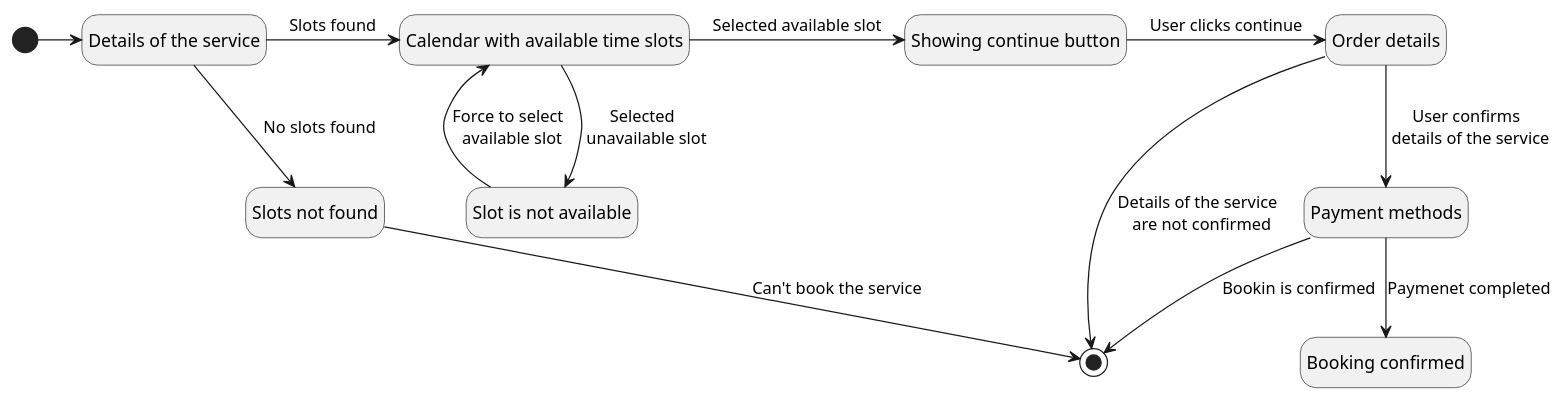
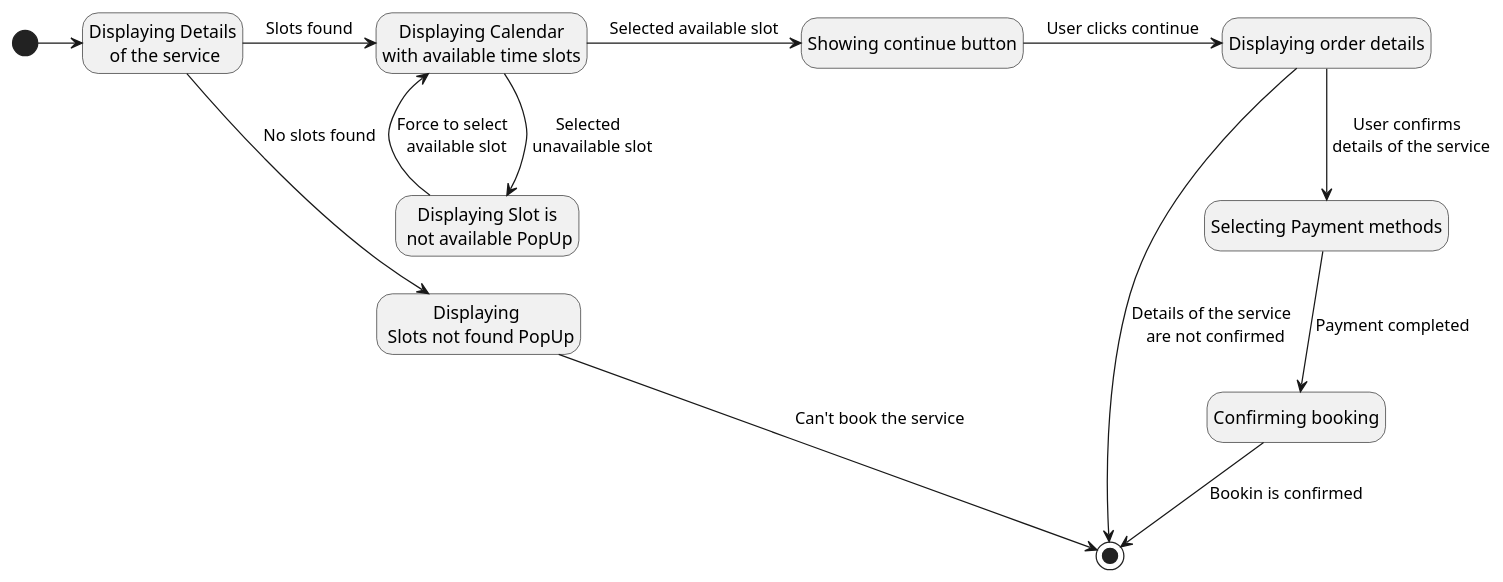
Before and after one commit to JuhTyg010/Vellure-NSWI041: the diagram in uml/uml-usecase-book-service-state-diagram.plantuml, drawn with PlantUML. The commit also changed 1 other file, not shown here.

Commit message:
Fixing state diagram

```diff
--- a/uml/uml-usecase-book-service-state-diagram.plantuml
+++ b/uml/uml-usecase-book-service-state-diagram.plantuml
@@ -1,25 +1,25 @@
 @startuml
 hide empty description
-state "Details of the service" as DetailsService
-state "Slots not found" as SlotsNotFound
-state "Calendar with available time slots" as Calendar
+state "Displaying Details\n of the service" as DetailsService
+state "Displaying \n Slots not found PopUp" as SlotsNotFound
+state "Displaying Calendar\nwith available time slots" as Calendar
 state "Showing continue button" as ContinueButton
-state "Slot is not available" as SlotNotAvailable
-state "Order details" as OrderDetails
-state "Payment methods" as PaymentMethods
-state "Booking confirmed" as BookingConfirmed
+state "Displaying Slot is\n not available PopUp" as SlotNotAvailable
+state "Displaying order details" as OrderDetails
+state "Selecting Payment methods" as PaymentMethods
+state "Confirming booking" as BookingConfirmed
 
 [*] -r-> DetailsService
 DetailsService -d-> SlotsNotFound : No slots found
 DetailsService -r-> Calendar : Slots found
 Calendar -r-> ContinueButton : Selected available slot
 Calendar -d-> SlotNotAvailable : Selected \n unavailable slot
 ContinueButton -r-> OrderDetails : User clicks continue
 OrderDetails -d-> PaymentMethods : User confirms \n details of the service
-PaymentMethods -d-> BookingConfirmed : Paymenet completed
+PaymentMethods -d-> BookingConfirmed : Payment completed
 
-PaymentMethods -d-> [*]: Bookin is confirmed
+BookingConfirmed -d-> [*]: Bookin is confirmed
 SlotsNotFound -d-> [*] : Can't book the service
 SlotNotAvailable -d-> Calendar : Force to select \n available slot
 OrderDetails -d-> [*] : Details of the service \n are not confirmed
 @enduml
```
